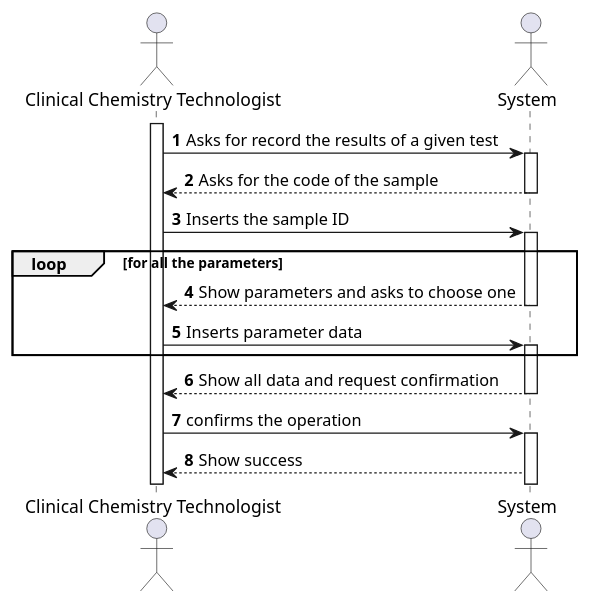
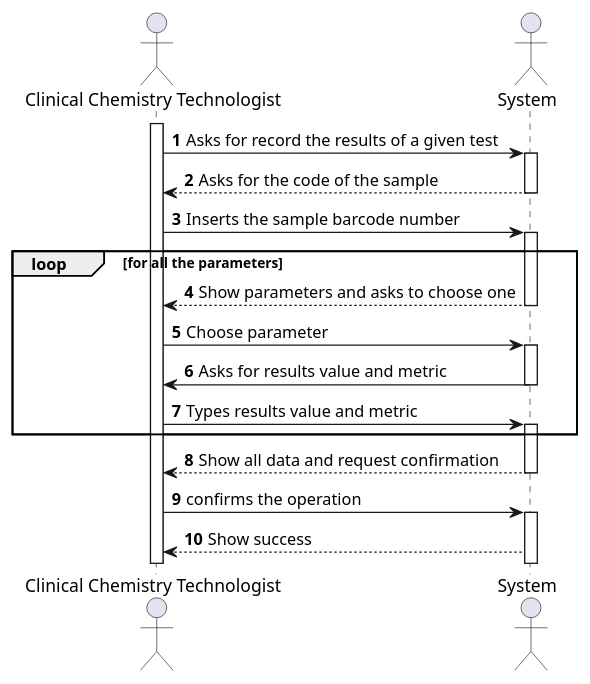
One commit to MarianaCLages/LAPR2 changed the diagram in docs/SprintC/US12/US12_SSD.puml. Above: the diagram before and after it, drawn with PlantUML. The commit also changed 11 other files, not shown here.

Commit message:
US12 diagrams

```diff
--- a/docs/SprintC/US12/US12_SSD.puml
+++ b/docs/SprintC/US12/US12_SSD.puml
@@ -1,25 +1,30 @@
 @startuml
 autonumber
 actor "Clinical Chemistry Technologist" as cct
 actor "System" as SYS
 activate cct
 cct -> SYS: Asks for record the results of a given test
 activate SYS
 SYS --> cct: Asks for the code of the sample
 deactivate SYS
-cct -> SYS: Inserts the sample ID
+cct -> SYS: Inserts the sample barcode number
 activate SYS
+
 loop for all the parameters
     SYS --> cct: Show parameters and asks to choose one
     deactivate SYS
-    cct -> SYS: Inserts parameter data
+    cct -> SYS: Choose parameter
+    activate SYS
+    SYS -> cct: Asks for results value and metric
+    deactivate SYS
+    cct -> SYS: Types results value and metric
     activate SYS
 end
 
 SYS --> cct: Show all data and request confirmation
 deactivate SYS
 cct -> SYS: confirms the operation
 activate SYS
 SYS --> cct: Show success
 
 @enduml
```
